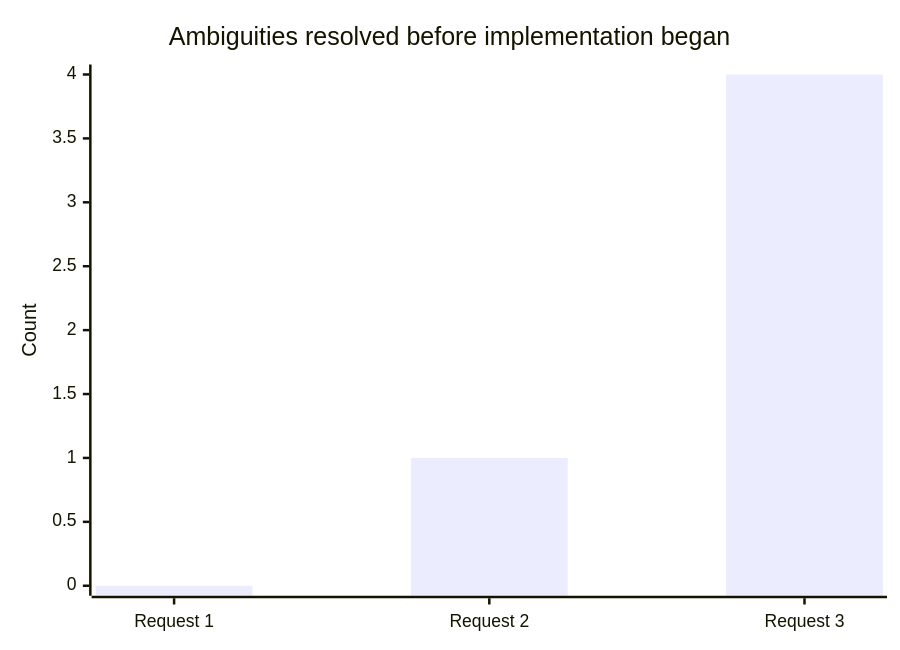
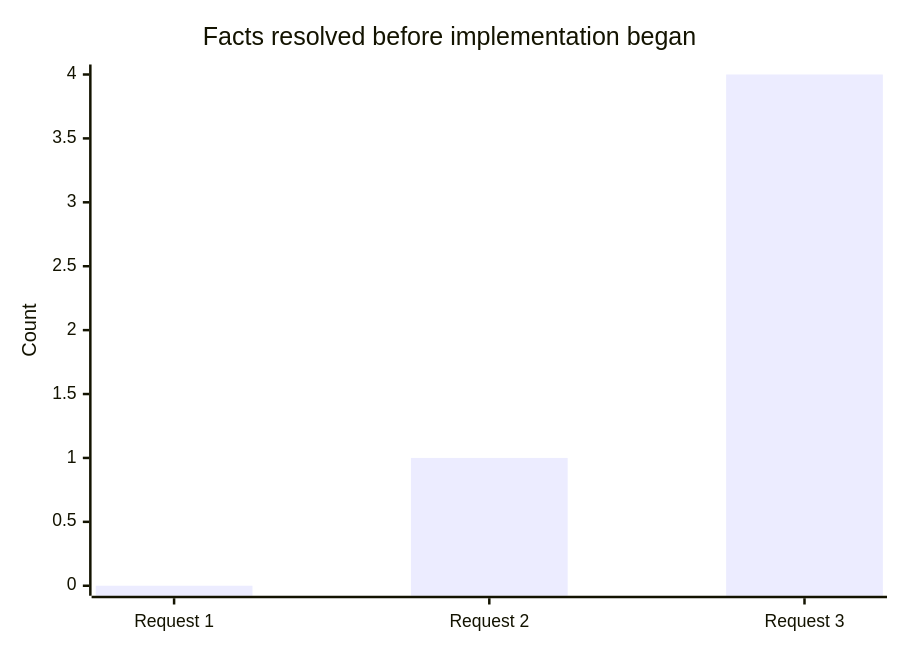
One commit to francoandreDev/knowledge changed the second of 2 diagrams in src/content/product-domain/requirements-gathering/L3-deep-dive.mdx. Above: the diagram before and after it, drawn with Mermaid. The commit also changed other lines of this file and 3 other files, not shown here.

````diff
--- a/src/content/product-domain/requirements-gathering/L3-deep-dive.mdx
+++ b/src/content/product-domain/requirements-gathering/L3-deep-dive.mdx
@@ -155,7 +133,7 @@
 ```mermaid
 xychart-beta
-    title "Ambiguities resolved before implementation began"
+    title "Facts resolved before implementation began"
     x-axis ["Request 1", "Request 2", "Request 3"]
     y-axis "Count" 0 --> 4
     bar [0, 1, 4]
 ```
````
